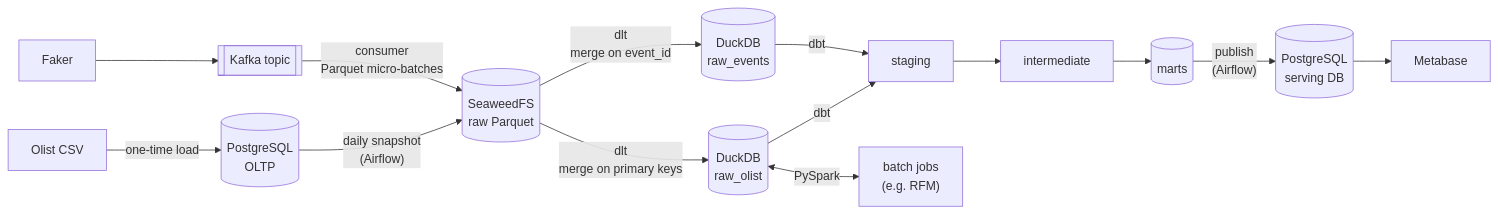
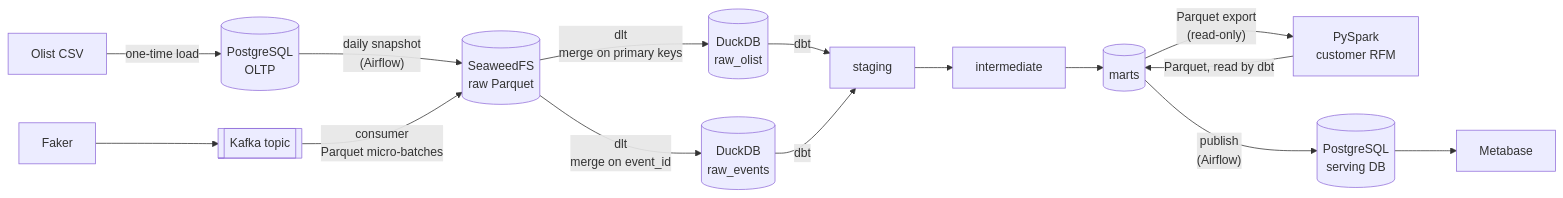
One commit to edward179/de-ecommerce-pipeline changed the diagram in docs/ARCHITECTURE.md. Above: the diagram before and after it, drawn with Mermaid. The commit also changed other lines of this file and 11 other files, not shown here.

Commit message:
feat(m6): PySpark customer RFM job, dbt customer_rfm model, docs

````diff
--- a/docs/ARCHITECTURE.md
+++ b/docs/ARCHITECTURE.md
@@ -8,12 +8,12 @@
 ```mermaid
 flowchart LR
   CSV["Olist CSV"] -->|"one-time load"| PG[("PostgreSQL<br/>OLTP")]
   PG -->|"daily snapshot<br/>(Airflow)"| LAKE[("SeaweedFS<br/>raw Parquet")]
   LAKE -->|"dlt<br/>merge on primary keys"| RAW[("DuckDB<br/>raw_olist")]
   FK["Faker"] --> KF[["Kafka topic"]] -->|"consumer<br/>Parquet micro-batches"| LAKE
   LAKE -->|"dlt<br/>merge on event_id"| EVT[("DuckDB<br/>raw_events")]
   RAW -->|"dbt"| STG["staging"] --> INT["intermediate"] --> MART[("marts")]
   EVT -->|"dbt"| STG
-  RAW <-->|"PySpark"| SPARK["batch jobs<br/>(e.g. RFM)"]
+  MART -->|"Parquet export<br/>(read-only)"| SPARK["PySpark<br/>customer RFM"] -->|"Parquet, read by dbt"| MART
   MART -->|"publish<br/>(Airflow)"| SRV[("PostgreSQL<br/>serving DB")] --> MB["Metabase"]
 ```
````
